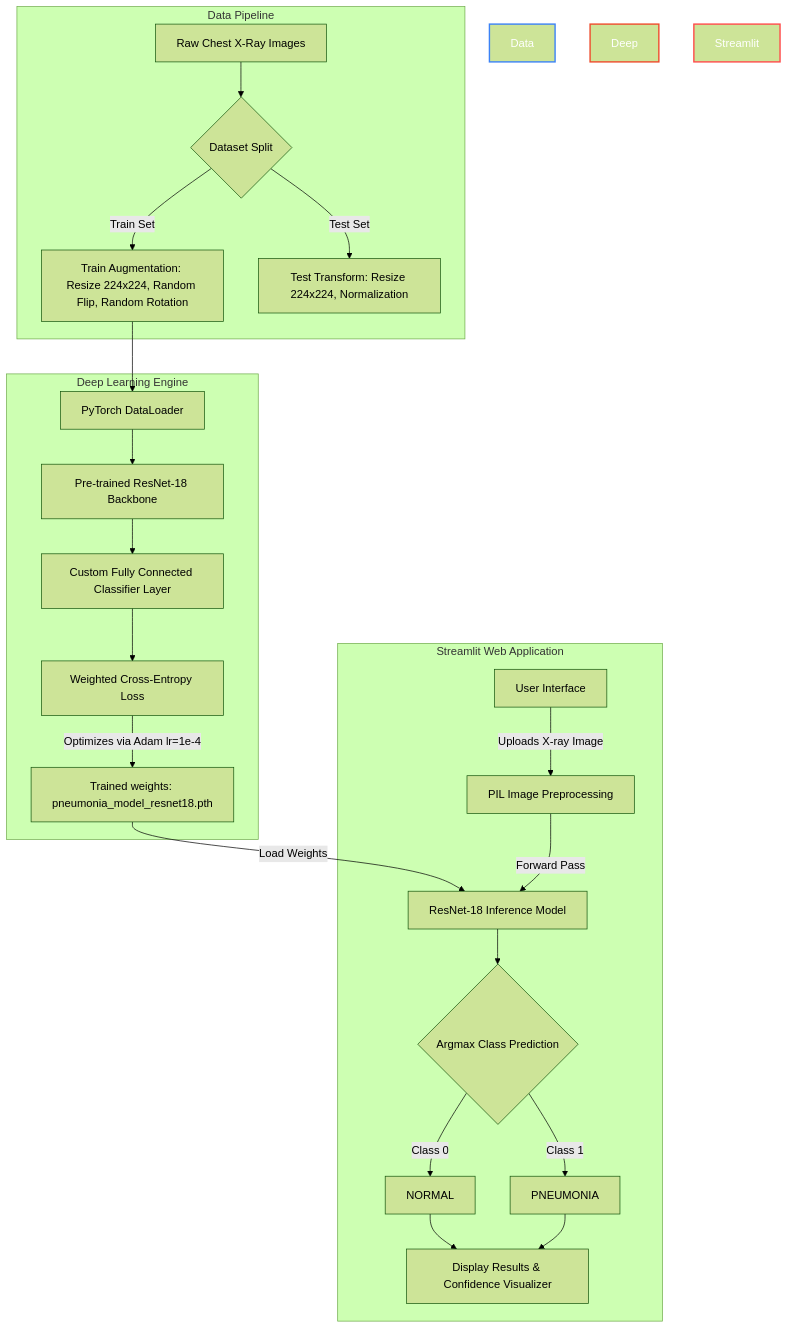
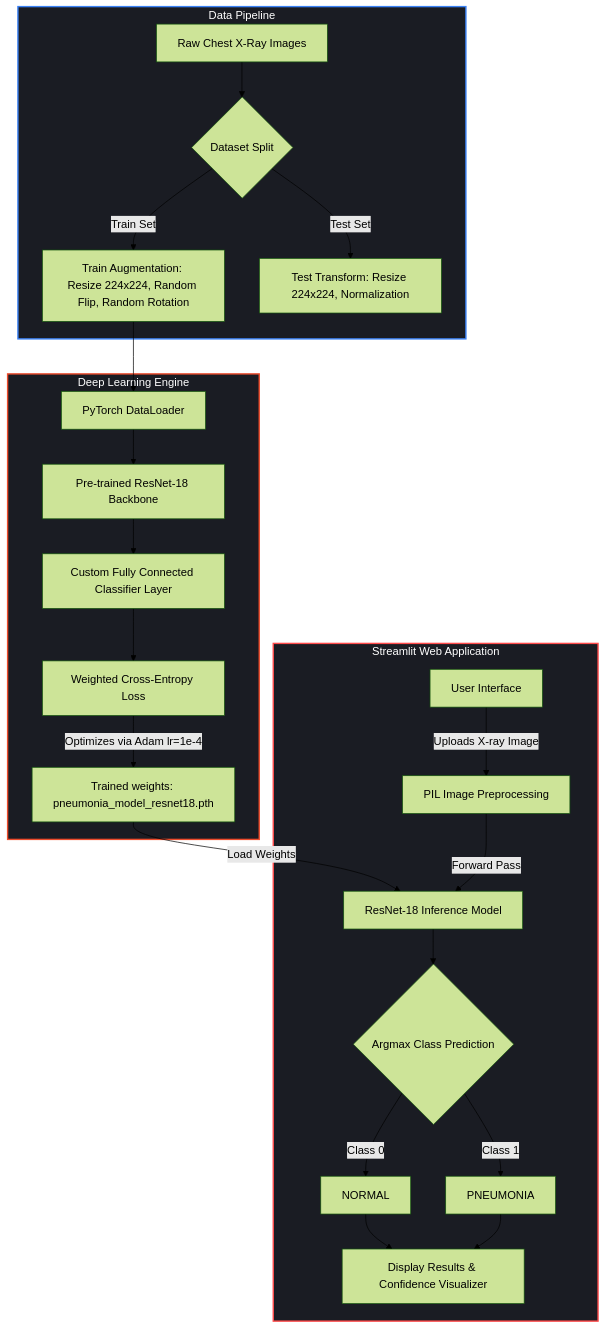
The diagram in README.md (shaan774-lab/lung_diseases_digno), drawn with Mermaid (forest theme) before and after one commit.

Commit message:
fix: resolve Mermaid syntax error for subgraph styles

````diff
--- a/README.md
+++ b/README.md
@@ -24,34 +24,34 @@
 ```mermaid
 graph TD
     %% Datasets & Preprocessing
-    subgraph Data Pipeline
+    subgraph DP [Data Pipeline]
         A[Raw Chest X-Ray Images] --> B{Dataset Split}
         B -->|Train Set| C[Train Augmentation: Resize 224x224, Random Flip, Random Rotation]
         B -->|Test Set| D[Test Transform: Resize 224x224, Normalization]
     end
 
     %% Model and Training
-    subgraph Deep Learning Engine
+    subgraph DLE [Deep Learning Engine]
         C --> E[PyTorch DataLoader]
         E --> F[Pre-trained ResNet-18 Backbone]
         F --> G[Custom Fully Connected Classifier Layer]
         G --> H[Weighted Cross-Entropy Loss]
         H -->|Optimizes via Adam lr=1e-4| I[Trained weights: pneumonia_model_resnet18.pth]
     end
 
     %% Web App Inference
-    subgraph Streamlit Web Application
+    subgraph SWA [Streamlit Web Application]
         J[User Interface] -->|Uploads X-ray Image| K[PIL Image Preprocessing]
         I -->|Load Weights| L[ResNet-18 Inference Model]
         K -->|Forward Pass| L
         L --> M{Argmax Class Prediction}
         M -->|Class 0| N[NORMAL]
         M -->|Class 1| O[PNEUMONIA]
         N --> P[Display Results & Confidence Visualizer]
         O --> P
     end
 
-    style Data Pipeline fill:#1a1c23,stroke:#3b82f6,stroke-width:2px,color:#ffffff
-    style Deep Learning Engine fill:#1a1c23,stroke:#ee4c2c,stroke-width:2px,color:#ffffff
-    style Streamlit Web Application fill:#1a1c23,stroke:#ff4b4b,stroke-width:2px,color:#ffffff
+    style DP fill:#1a1c23,stroke:#3b82f6,stroke-width:2px,color:#ffffff
+    style DLE fill:#1a1c23,stroke:#ee4c2c,stroke-width:2px,color:#ffffff
+    style SWA fill:#1a1c23,stroke:#ff4b4b,stroke-width:2px,color:#ffffff
 ```
````
